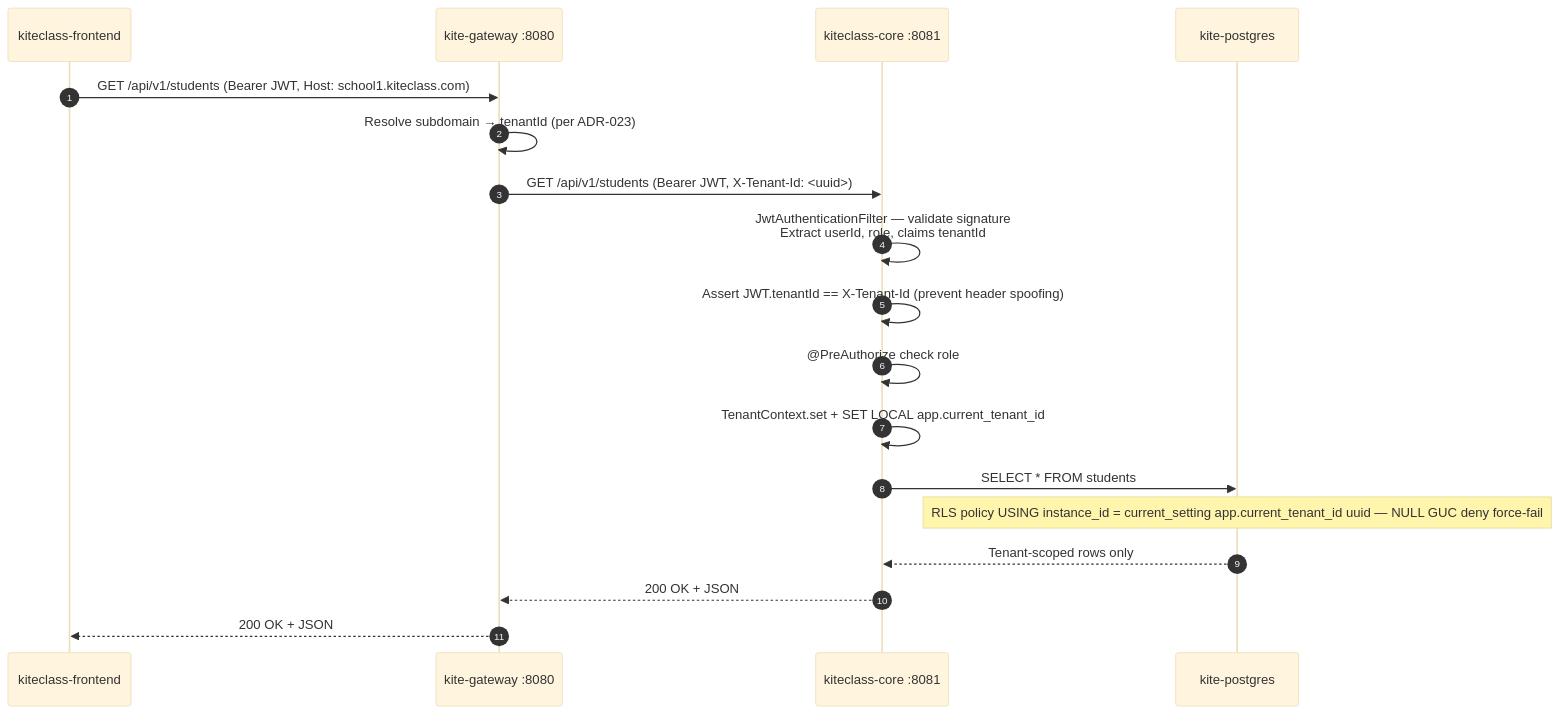
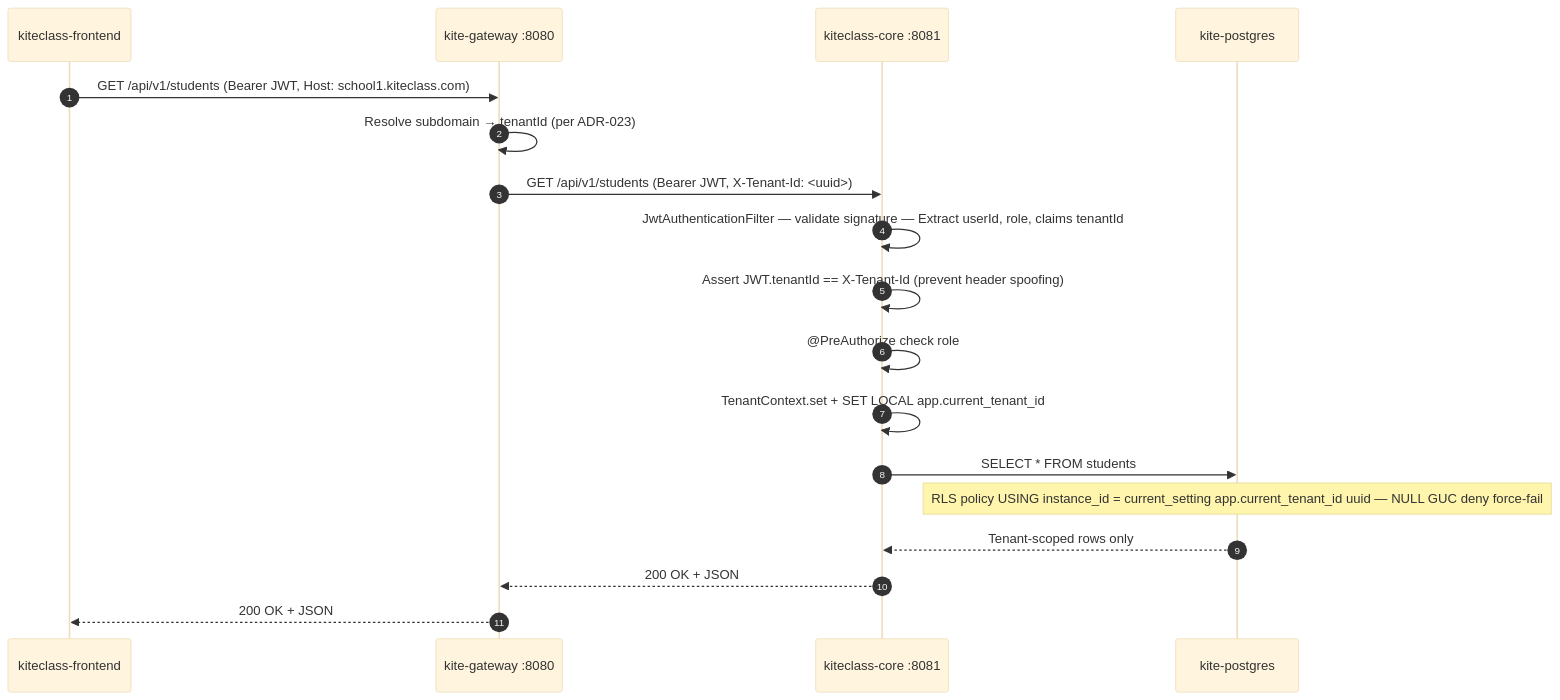
Before and after one commit to VictorAurelius/2026-Kite-Class-Platform: the third of 5 diagrams in documents/02-architecture/kiteclass-architecture.md, drawn with Mermaid (base theme). The commit also changed 6 other files, not shown here.

First line of the commit message:
fix(02-arch): aggressive Mermaid <br/> removal in sequenceDiagram + ship detector script

````diff
--- a/documents/02-architecture/kiteclass-architecture.md
+++ b/documents/02-architecture/kiteclass-architecture.md
@@ -148,24 +148,24 @@
 ```mermaid
 sequenceDiagram
     autonumber
     participant Client as kiteclass-frontend
     participant Gateway as kite-gateway :8080
     participant Core as kiteclass-core :8081
     participant DB as kite-postgres
 
     Client->>Gateway: GET /api/v1/students (Bearer JWT, Host: school1.kiteclass.com)
     Gateway->>Gateway: Resolve subdomain → tenantId (per ADR-023)
     Gateway->>Core: GET /api/v1/students (Bearer JWT, X-Tenant-Id: <uuid>)
 
-    Core->>Core: JwtAuthenticationFilter — validate signature<br/>Extract userId, role, claims tenantId
+    Core->>Core: JwtAuthenticationFilter — validate signature — Extract userId, role, claims tenantId
     Core->>Core: Assert JWT.tenantId == X-Tenant-Id (prevent header spoofing)
     Core->>Core: @PreAuthorize check role
     Core->>Core: TenantContext.set + SET LOCAL app.current_tenant_id
 
     Core->>DB: SELECT * FROM students
     Note over DB: RLS policy USING instance_id = current_setting app.current_tenant_id uuid — NULL GUC deny force-fail
     DB-->>Core: Tenant-scoped rows only
 
     Core-->>Gateway: 200 OK + JSON
     Gateway-->>Client: 200 OK + JSON
 ```
````
